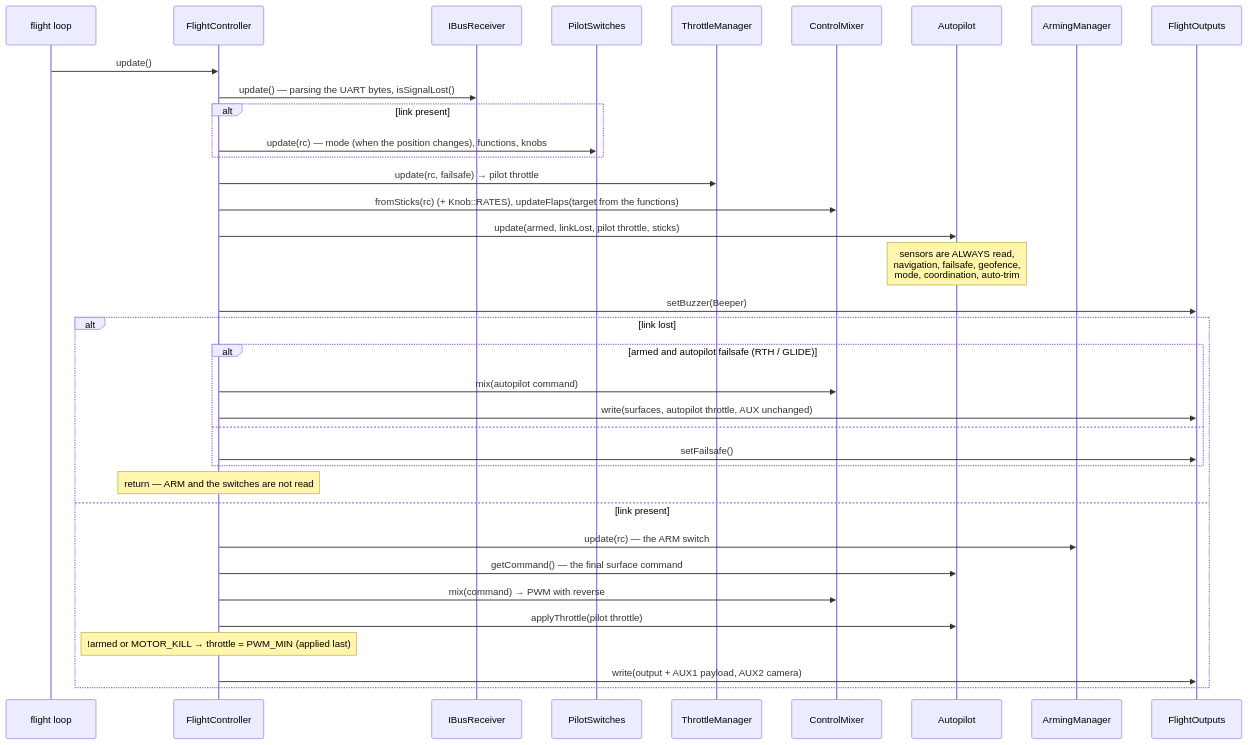
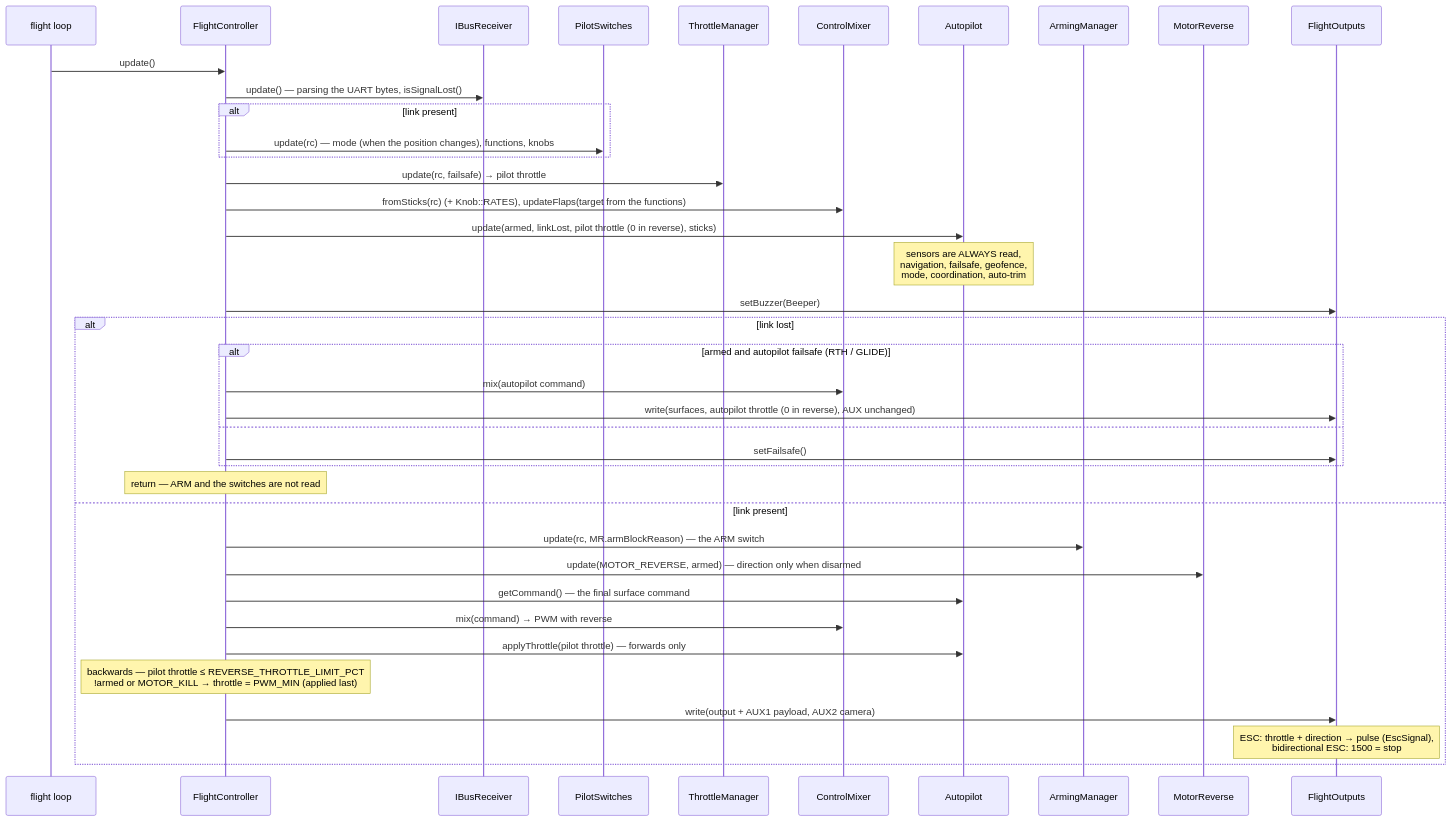
The sixth of 11 diagrams in docs/i18n/en/ARCHITECTURE.md (damir-lebedev/OpenPlaneProject), drawn with Mermaid before and after one commit. The commit also changed other lines of this file and 166 other files, not shown here.

First line of the commit message:
Make the bidirectional BLHeli 80A ESC the main one, with a disarm-only motor reverse

````diff
--- a/docs/i18n/en/ARCHITECTURE.md
+++ b/docs/i18n/en/ARCHITECTURE.md
@@ -401,39 +401,42 @@
 ```mermaid
 sequenceDiagram
     participant L as flight loop
     participant FC as FlightController
     participant RX as IBusReceiver
     participant SW as PilotSwitches
     participant TM as ThrottleManager
     participant MX as ControlMixer
     participant AP as Autopilot
     participant AM as ArmingManager
+    participant MR as MotorReverse
     participant OUT as FlightOutputs
 
     L->>FC: update()
     FC->>RX: update() — parsing the UART bytes, isSignalLost()
     alt link present
         FC->>SW: update(rc) — mode (when the position changes), functions, knobs
     end
     FC->>TM: update(rc, failsafe) → pilot throttle
     FC->>MX: fromSticks(rc) (+ Knob::RATES), updateFlaps(target from the functions)
-    FC->>AP: update(armed, linkLost, pilot throttle, sticks)
+    FC->>AP: update(armed, linkLost, pilot throttle (0 in reverse), sticks)
     Note over AP: sensors are ALWAYS read,<br/>navigation, failsafe, geofence,<br/>mode, coordination, auto-trim
     FC->>OUT: setBuzzer(Beeper)
     alt link lost
         alt armed and autopilot failsafe (RTH / GLIDE)
             FC->>MX: mix(autopilot command)
-            FC->>OUT: write(surfaces, autopilot throttle, AUX unchanged)
+            FC->>OUT: write(surfaces, autopilot throttle (0 in reverse), AUX unchanged)
         else
             FC->>OUT: setFailsafe()
         end
         Note over FC: return — ARM and the switches are not read
     else link present
-        FC->>AM: update(rc) — the ARM switch
+        FC->>AM: update(rc, MR.armBlockReason) — the ARM switch
+        FC->>MR: update(MOTOR_REVERSE, armed) — direction only when disarmed
         FC->>AP: getCommand() — the final surface command
         FC->>MX: mix(command) → PWM with reverse
-        FC->>AP: applyThrottle(pilot throttle)
-        Note over FC: !armed or MOTOR_KILL → throttle = PWM_MIN (applied last)
+        FC->>AP: applyThrottle(pilot throttle) — forwards only
+        Note over FC: backwards — pilot throttle ≤ REVERSE_THROTTLE_LIMIT_PCT<br/>!armed or MOTOR_KILL → throttle = PWM_MIN (applied last)
         FC->>OUT: write(output + AUX1 payload, AUX2 camera)
+        Note over OUT: ESC: throttle + direction → pulse (EscSignal),<br/>bidirectional ESC: 1500 = stop
     end
 ```
````
